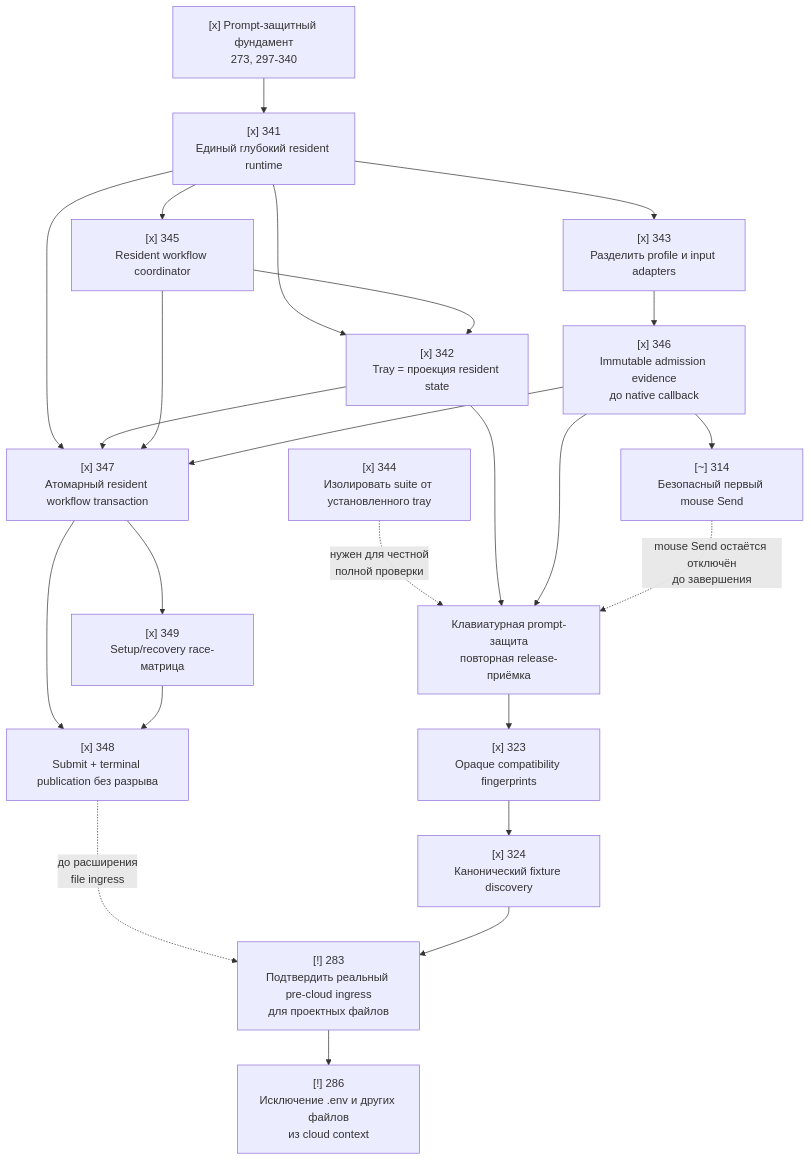
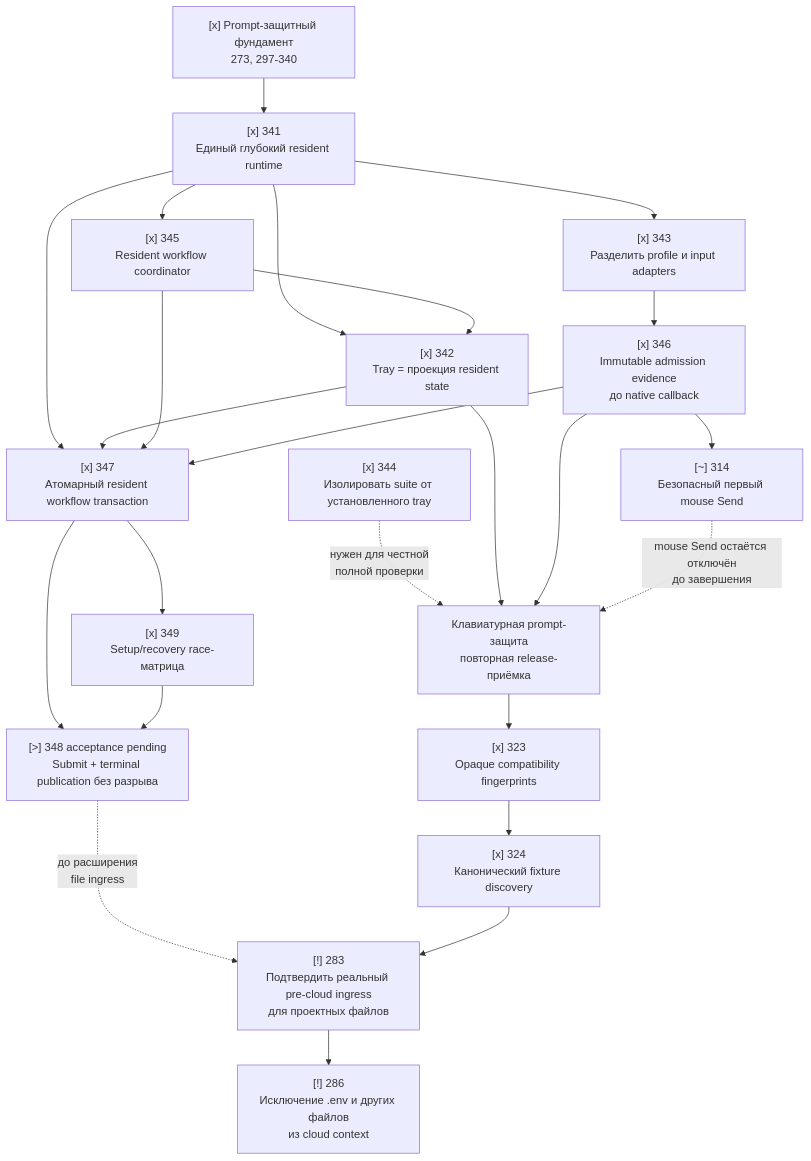
One commit to dralfus/Codex-Sanetizer changed the diagram in codex-redaction-gate-spec/DEVELOPMENT_ROADMAP.md. Above: the diagram before and after it, drawn with Mermaid. The commit also changed other lines of this file and 6 other files, not shown here.

````diff
--- a/codex-redaction-gate-spec/DEVELOPMENT_ROADMAP.md
+++ b/codex-redaction-gate-spec/DEVELOPMENT_ROADMAP.md
@@ -36,43 +36,43 @@
 ```mermaid
 flowchart TD
     Done["[x] Prompt-защитный фундамент\n273, 297-340"]
     R341["[x] 341\nЕдиный глубокий resident runtime"]
     R342["[x] 342\nTray = проекция resident state"]
     R345["[x] 345\nResident workflow coordinator"]
     R343["[x] 343\nРазделить profile и input adapters"]
     T344["[x] 344\nИзолировать suite от установленного tray"]
     R346["[x] 346\nImmutable admission evidence\nдо native callback"]
     A347["[x] 347\nАтомарный resident workflow transaction"]
-    A348["[x] 348\nSubmit + terminal publication без разрыва"]
+    A348["[>] 348 acceptance pending\nSubmit + terminal publication без разрыва"]
     A349["[x] 349\nSetup/recovery race-матрица"]
     R314["[~] 314\nБезопасный первый mouse Send"]
     Keyboard["Клавиатурная prompt-защита\nповторная release-приёмка"]
     R323["[x] 323\nOpaque compatibility fingerprints"]
     R324["[x] 324\nКанонический fixture discovery"]
     Ingress["[!] 283\nПодтвердить реальный pre-cloud ingress\nдля проектных файлов"]
     Files["[!] 286\nИсключение .env и других файлов\nиз cloud context"]
 
     Done --> R341
     R341 --> R342
     R341 --> R345
     R345 --> R342
     R341 --> R343
     R343 --> R346
     R346 --> R314
     R341 --> A347
     R342 --> A347
     R345 --> A347
     R346 --> A347
     A347 --> A348
     A347 --> A349
     A349 --> A348
     T344 -. "нужен для честной\nполной проверки" .-> Keyboard
     R342 --> Keyboard
     R346 --> Keyboard
     R314 -. "mouse Send остаётся отключён\nдо завершения" .-> Keyboard
     Keyboard --> R323
     R323 --> R324
     A348 -. "до расширения\nfile ingress" .-> Ingress
     R324 --> Ingress
     Ingress --> Files
 ```
````
